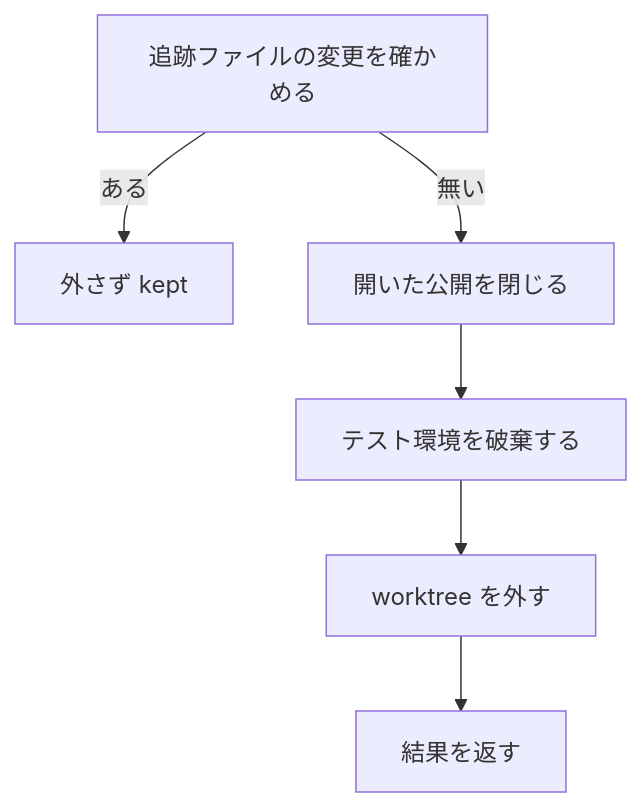
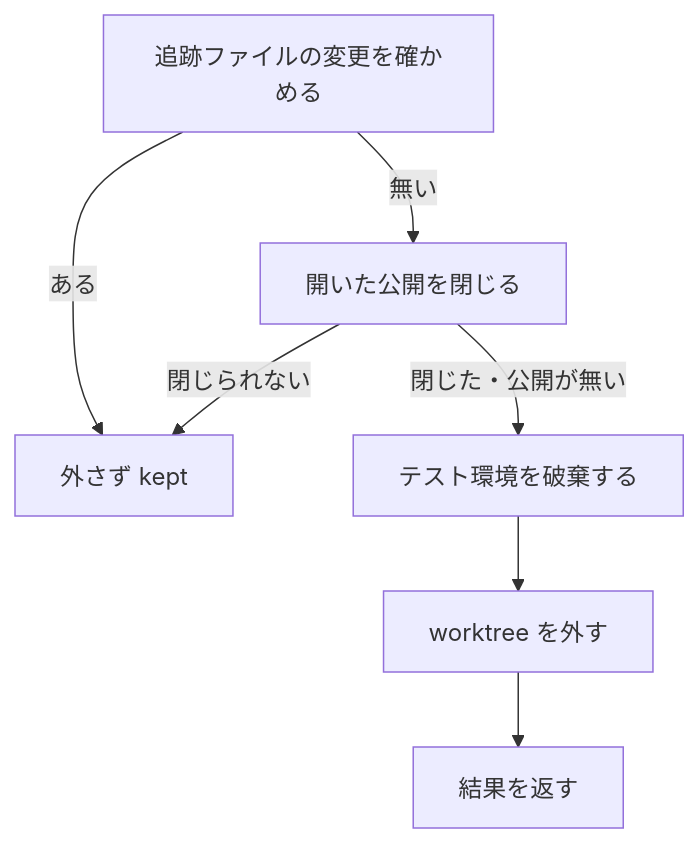
Before and after one commit to devbasex/ai-plugins: the sixth of 6 diagrams in issues/issue-2567-design.md, drawn with Mermaid. The commit also changed other lines of this file, not shown here.

````diff
--- a/issues/issue-2567-design.md
+++ b/issues/issue-2567-design.md
@@ -379,8 +386,9 @@
 ```mermaid
 graph TD
     A[追跡ファイルの変更を確かめる] -->|ある| K[外さず kept]
     A -->|無い| P[開いた公開を閉じる]
-    P --> B[テスト環境を破棄する]
+    P -->|閉じられない| K
+    P -->|閉じた・公開が無い| B[テスト環境を破棄する]
     B --> C[worktree を外す]
     C --> D[結果を返す]
 ```
````
